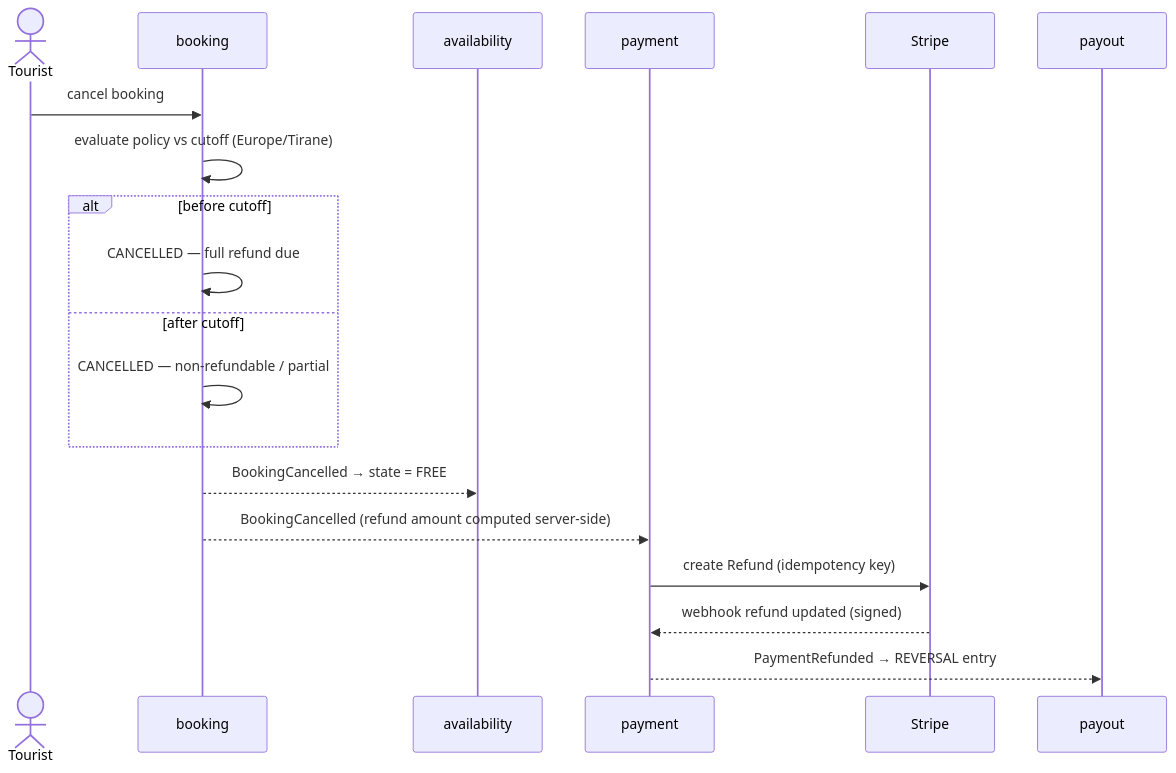
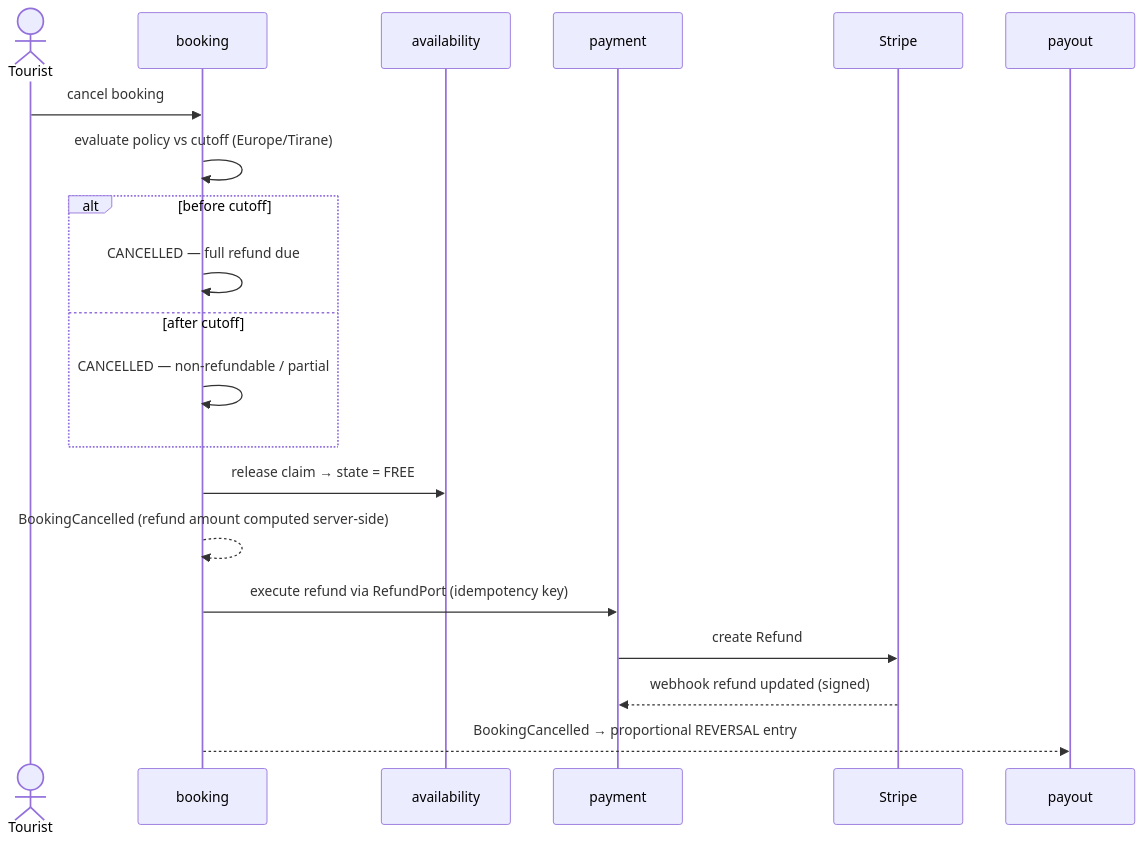
One commit to ivopogace/riviera-sunbed-booking changed the tenth of 12 diagrams in docs/architecture/domain-model.md. Above: the diagram before and after it, drawn with Mermaid. The commit also changed other lines of this file and 10 other files, not shown here.

````diff
--- a/docs/architecture/domain-model.md
+++ b/docs/architecture/domain-model.md
@@ -406,22 +426,23 @@
 ```mermaid
 sequenceDiagram
     actor T as Tourist
     participant B as booking
     participant A as availability
     participant P as payment
     participant S as Stripe
     participant L as payout
 
     T->>B: cancel booking
     B->>B: evaluate policy vs cutoff (Europe/Tirane)
     alt before cutoff
         B->>B: CANCELLED — full refund due
     else after cutoff
         B->>B: CANCELLED — non-refundable / partial
     end
-    B-->>A: BookingCancelled → state = FREE
-    B-->>P: BookingCancelled (refund amount computed server-side)
-    P->>S: create Refund (idempotency key)
+    B->>A: release claim → state = FREE
+    B-->>B: BookingCancelled (refund amount computed server-side)
+    B->>P: execute refund via RefundPort (idempotency key)
+    P->>S: create Refund
     S-->>P: webhook refund updated (signed)
-    P-->>L: PaymentRefunded → REVERSAL entry
+    B-->>L: BookingCancelled → proportional REVERSAL entry
 ```
````
